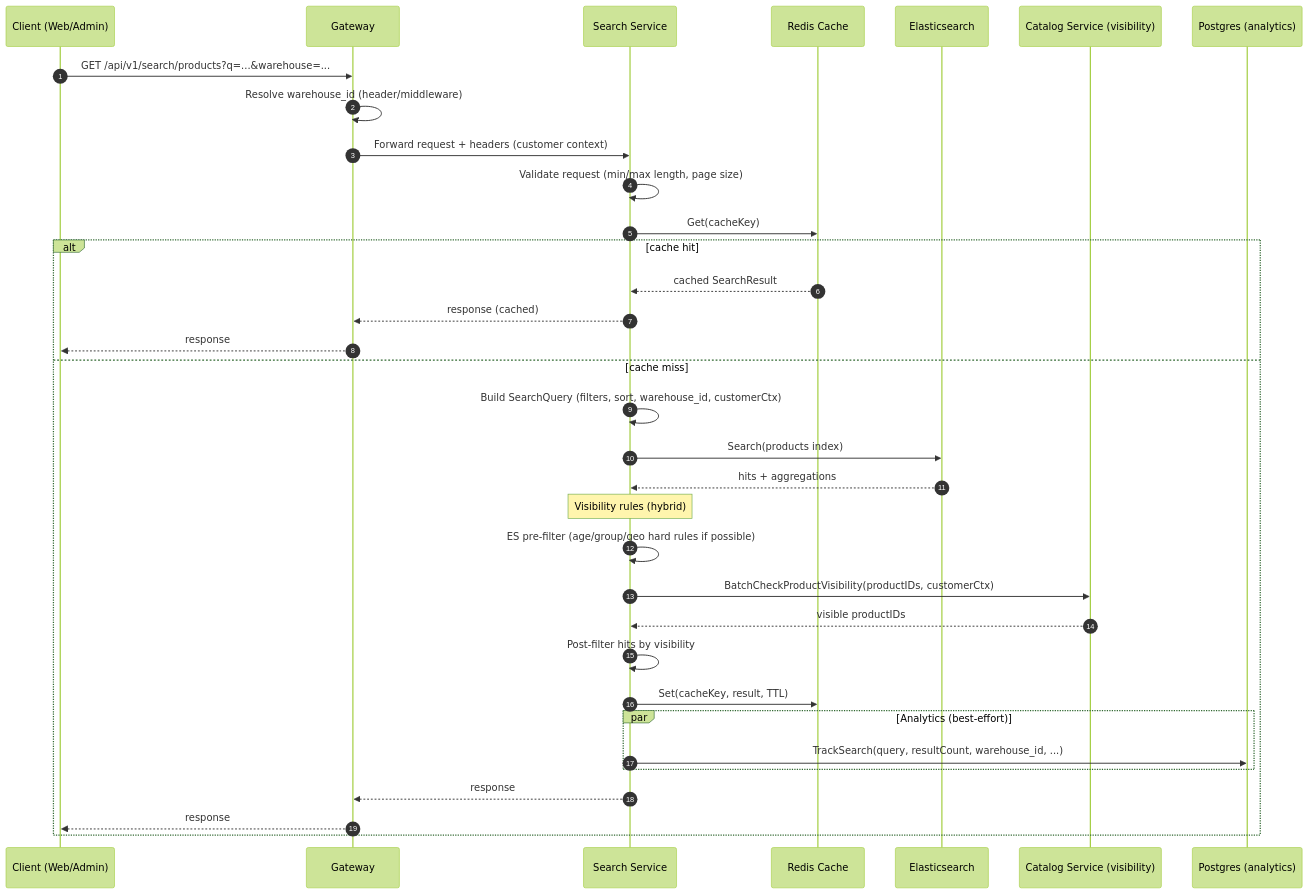
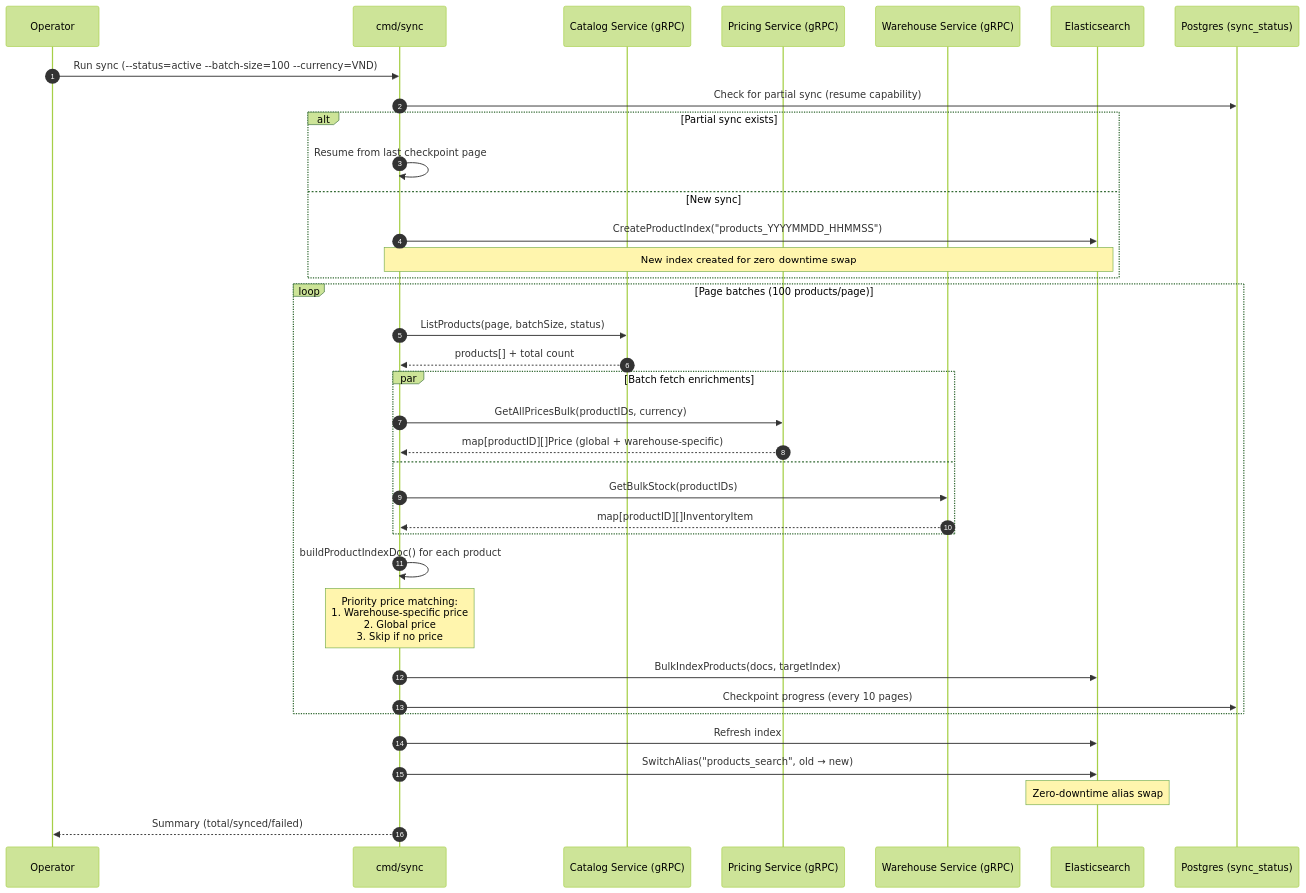
One commit to vesviet/Composable-Commerce-Service-Architecture changed the second of 12 diagrams in 02-business-domains/content/search-discovery.md. Above: the diagram before and after it, drawn with Mermaid (forest theme). The commit also changed other lines of this file and 9 other files, not shown here.

````diff
--- a/02-business-domains/content/search-discovery.md
+++ b/02-business-domains/content/search-discovery.md
@@ -450,42 +82,44 @@
 ```mermaid
 sequenceDiagram
-  autonumber
-  participant C as Client (Web/Admin)
-  participant G as Gateway
-  participant S as Search Service
-  participant R as Redis Cache
-  participant ES as Elasticsearch
-  participant CAT as Catalog Service (visibility)
-  participant PG as Postgres (analytics)
+    autonumber
+    participant OP as Operator
+    participant SYNC as cmd/sync
+    participant CAT as Catalog Service (gRPC)
+    participant PR as Pricing Service (gRPC)
+    participant WH as Warehouse Service (gRPC)
+    participant ES as Elasticsearch
+    participant DB as Postgres (sync_status)
 
-  C->>G: GET /api/v1/search/products?q=...&warehouse=...
-  G->>G: Resolve warehouse_id (header/middleware)
-  G->>S: Forward request + headers (customer context)
-
-  S->>S: Validate request (min/max length, page size)
-  S->>R: Get(cacheKey)
-  alt cache hit
-    R-->>S: cached SearchResult
-    S-->>G: response (cached)
-    G-->>C: response
-  else cache miss
-    S->>S: Build SearchQuery (filters, sort, warehouse_id, customerCtx)
-    S->>ES: Search(products index)
-    ES-->>S: hits + aggregations
-
-    Note over S: Visibility rules (hybrid)
-    S->>S: ES pre-filter (age/group/geo hard rules if possible)
-    S->>CAT: BatchCheckProductVisibility(productIDs, customerCtx)
-    CAT-->>S: visible productIDs
-    S->>S: Post-filter hits by visibility
-
-    S->>R: Set(cacheKey, result, TTL)
-
-    par Analytics (best-effort)
-      S->>PG: TrackSearch(query, resultCount, warehouse_id, ...)
+    OP->>SYNC: Run sync (--status=active --batch-size=100 --currency=VND)
+    SYNC->>DB: Check for partial sync (resume capability)
+    alt Partial sync exists
+        SYNC->>SYNC: Resume from last checkpoint page
+    else New sync
+        SYNC->>ES: CreateProductIndex("products_YYYYMMDD_HHMMSS")
+        Note over SYNC,ES: New index created for zero-downtime swap
     end
 
-    S-->>G: response
-    G-->>C: response
-  end
+    loop Page batches (100 products/page)
+        SYNC->>CAT: ListProducts(page, batchSize, status)
+        CAT-->>SYNC: products[] + total count
+
+        par Batch fetch enrichments
+            SYNC->>PR: GetAllPricesBulk(productIDs, currency)
+            PR-->>SYNC: map[productID][]Price (global + warehouse-specific)
+        and
+            SYNC->>WH: GetBulkStock(productIDs)
+            WH-->>SYNC: map[productID][]InventoryItem
+        end
+
+        SYNC->>SYNC: buildProductIndexDoc() for each product
+        Note over SYNC: Priority price matching:<br/>1. Warehouse-specific price<br/>2. Global price<br/>3. Skip if no price
+
+        SYNC->>ES: BulkIndexProducts(docs, targetIndex)
+        SYNC->>DB: Checkpoint progress (every 10 pages)
+    end
+
+    SYNC->>ES: Refresh index
+    SYNC->>ES: SwitchAlias("products_search", old → new)
+    Note over ES: Zero-downtime alias swap
+    SYNC-->>OP: Summary (total/synced/failed)
 ```
````
